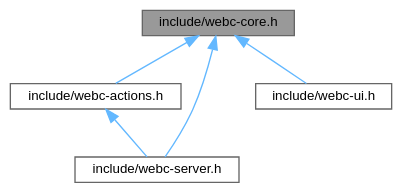
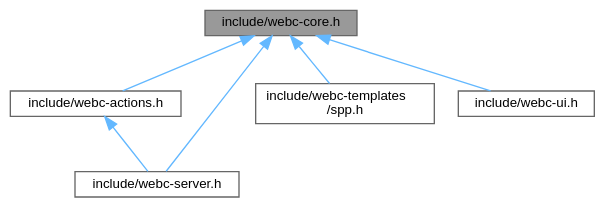
Before and after one commit to KDesp73/webc-docs: the diagram in docs/webc-core_8h__dep__incl.dot, drawn with Graphviz. The commit also changed 48 other files, not shown here.

```diff
--- a/docs/webc-core_8h__dep__incl.dot
+++ b/docs/webc-core_8h__dep__incl.dot
@@ -1,15 +1,17 @@
 digraph "include/webc-core.h"
 {
  // LATEX_PDF_SIZE
   bgcolor="transparent";
   edge [fontname=Helvetica,fontsize=10,labelfontname=Helvetica,labelfontsize=10];
   node [fontname=Helvetica,fontsize=10,shape=box,height=0.2,width=0.4];
   Node1 [id="Node000001",label="include/webc-core.h",height=0.2,width=0.4,color="gray40", fillcolor="grey60", style="filled", fontcolor="black",tooltip=" "];
   Node1 -> Node2 [id="edge1_Node000001_Node000002",dir="back",color="steelblue1",style="solid",tooltip=" "];
   Node2 [id="Node000002",label="include/webc-actions.h",height=0.2,width=0.4,color="grey40", fillcolor="white", style="filled",URL="$webc-actions_8h.html",tooltip=" "];
   Node2 -> Node3 [id="edge2_Node000002_Node000003",dir="back",color="steelblue1",style="solid",tooltip=" "];
   Node3 [id="Node000003",label="include/webc-server.h",height=0.2,width=0.4,color="grey40", fillcolor="white", style="filled",URL="$webc-server_8h.html",tooltip=" "];
   Node1 -> Node3 [id="edge3_Node000001_Node000003",dir="back",color="steelblue1",style="solid",tooltip=" "];
   Node1 -> Node4 [id="edge4_Node000001_Node000004",dir="back",color="steelblue1",style="solid",tooltip=" "];
-  Node4 [id="Node000004",label="include/webc-ui.h",height=0.2,width=0.4,color="grey40", fillcolor="white", style="filled",URL="$webc-ui_8h.html",tooltip=" "];
+  Node4 [id="Node000004",label="include/webc-templates\l/spp.h",height=0.2,width=0.4,color="grey40", fillcolor="white", style="filled",URL="$spp_8h.html",tooltip=" "];
+  Node1 -> Node5 [id="edge5_Node000001_Node000005",dir="back",color="steelblue1",style="solid",tooltip=" "];
+  Node5 [id="Node000005",label="include/webc-ui.h",height=0.2,width=0.4,color="grey40", fillcolor="white", style="filled",URL="$webc-ui_8h.html",tooltip=" "];
 }
```
